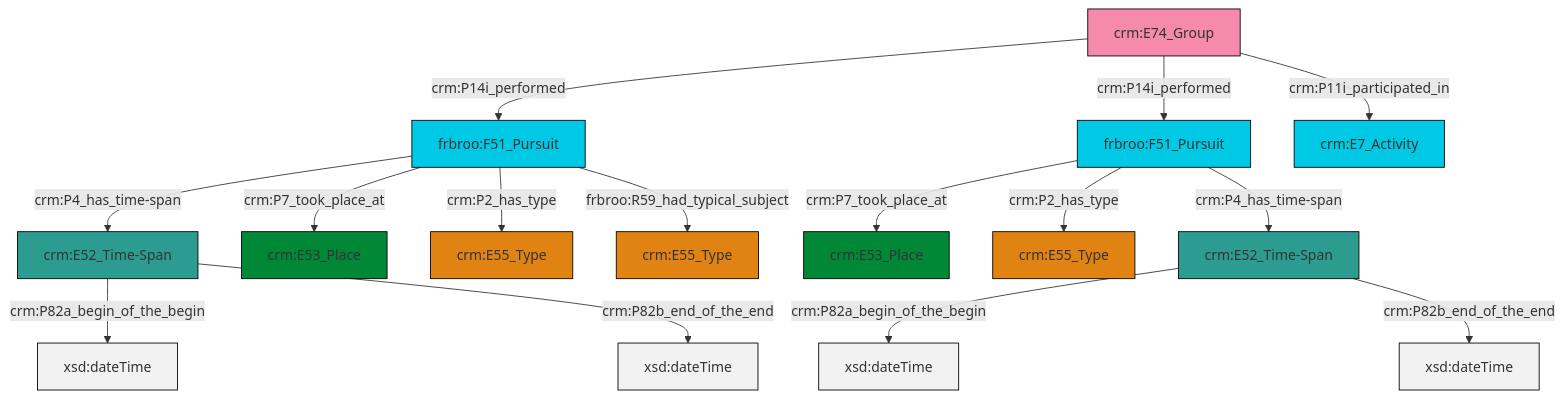
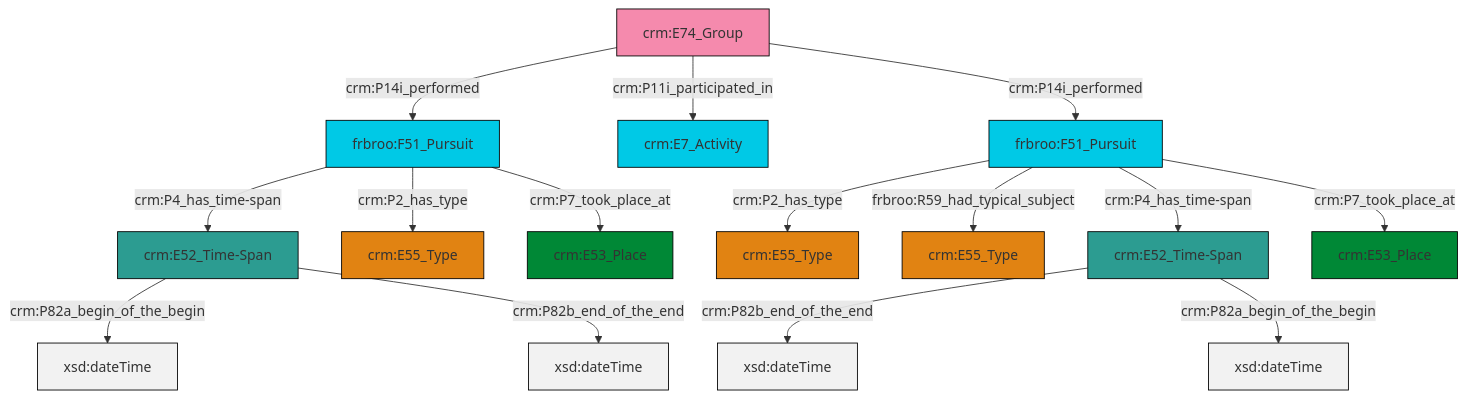
Before and after one commit to swiss-art-research-net/docs.swissartresearch: the diagram in et/groupCSV/ttl/mmd/group_events.ttl.mmd, drawn with Mermaid. The commit also changed 175 other files, not shown here.

```diff
--- a/et/groupCSV/ttl/mmd/group_events.ttl.mmd
+++ b/et/groupCSV/ttl/mmd/group_events.ttl.mmd
@@ -1,29 +1,29 @@
 graph TD
 classDef Literal fill:#f2f2f2,stroke:#000000;
 classDef CRM_Entity fill:#FFFFFF,stroke:#000000;
 classDef Temporal_Entity fill:#00C9E6, stroke:#000000;
 classDef Type fill:#E18312, stroke:#000000;
 classDef Time-Span fill:#2C9C91, stroke:#000000;
 classDef Appellation fill:#FFEB7F, stroke:#000000;
 classDef Place fill:#008836, stroke:#000000;
 classDef Persistent_Item fill:#B266B2, stroke:#000000;
 classDef Conceptual_Object fill:#FFD700, stroke:#000000;
 classDef Physical_Thing fill:#D2B48C, stroke:#000000;
 classDef Actor fill:#f58aad, stroke:#000000;
 classDef PC_Classes fill:#4ce600, stroke:#000000;
 classDef Multi fill:#cccccc,stroke:#000000;
 
-2["frbroo:F51_Pursuit"]:::Temporal_Entity -->|crm:P4_has_time-span| 3["crm:E52_Time-Span"]:::Time-Span
-2["frbroo:F51_Pursuit"]:::Temporal_Entity -->|crm:P7_took_place_at| 4["crm:E53_Place"]:::Place
-3["crm:E52_Time-Span"]:::Time-Span -->|crm:P82a_begin_of_the_begin| 5[xsd:dateTime]:::Literal
-6["crm:E74_Group"]:::Actor -->|crm:P14i_performed| 2["frbroo:F51_Pursuit"]:::Temporal_Entity
-7["frbroo:F51_Pursuit"]:::Temporal_Entity -->|crm:P7_took_place_at| 8["crm:E53_Place"]:::Place
-9["crm:E52_Time-Span"]:::Time-Span -->|crm:P82a_begin_of_the_begin| 10[xsd:dateTime]:::Literal
-9["crm:E52_Time-Span"]:::Time-Span -->|crm:P82b_end_of_the_end| 11[xsd:dateTime]:::Literal
-3["crm:E52_Time-Span"]:::Time-Span -->|crm:P82b_end_of_the_end| 12[xsd:dateTime]:::Literal
-7["frbroo:F51_Pursuit"]:::Temporal_Entity -->|crm:P2_has_type| 14["crm:E55_Type"]:::Type
-7["frbroo:F51_Pursuit"]:::Temporal_Entity -->|crm:P4_has_time-span| 9["crm:E52_Time-Span"]:::Time-Span
-2["frbroo:F51_Pursuit"]:::Temporal_Entity -->|crm:P2_has_type| 19["crm:E55_Type"]:::Type
-6["crm:E74_Group"]:::Actor -->|crm:P14i_performed| 7["frbroo:F51_Pursuit"]:::Temporal_Entity
-2["frbroo:F51_Pursuit"]:::Temporal_Entity -->|frbroo:R59_had_typical_subject| 0["crm:E55_Type"]:::Type
-6["crm:E74_Group"]:::Actor -->|crm:P11i_participated_in| 17["crm:E7_Activity"]:::Temporal_Entity
+2["frbroo:F51_Pursuit"]:::Temporal_Entity -->|crm:P2_has_type| 0["crm:E55_Type"]:::Type
+3["crm:E52_Time-Span"]:::Time-Span -->|crm:P82a_begin_of_the_begin| 4[xsd:dateTime]:::Literal
+7["crm:E52_Time-Span"]:::Time-Span -->|crm:P82b_end_of_the_end| 8[xsd:dateTime]:::Literal
+9["frbroo:F51_Pursuit"]:::Temporal_Entity -->|crm:P4_has_time-span| 3["crm:E52_Time-Span"]:::Time-Span
+12["crm:E74_Group"]:::Actor -->|crm:P14i_performed| 9["frbroo:F51_Pursuit"]:::Temporal_Entity
+12["crm:E74_Group"]:::Actor -->|crm:P11i_participated_in| 13["crm:E7_Activity"]:::Temporal_Entity
+2["frbroo:F51_Pursuit"]:::Temporal_Entity -->|frbroo:R59_had_typical_subject| 14["crm:E55_Type"]:::Type
+7["crm:E52_Time-Span"]:::Time-Span -->|crm:P82a_begin_of_the_begin| 19[xsd:dateTime]:::Literal
+9["frbroo:F51_Pursuit"]:::Temporal_Entity -->|crm:P2_has_type| 10["crm:E55_Type"]:::Type
+2["frbroo:F51_Pursuit"]:::Temporal_Entity -->|crm:P4_has_time-span| 7["crm:E52_Time-Span"]:::Time-Span
+12["crm:E74_Group"]:::Actor -->|crm:P14i_performed| 2["frbroo:F51_Pursuit"]:::Temporal_Entity
+9["frbroo:F51_Pursuit"]:::Temporal_Entity -->|crm:P7_took_place_at| 21["crm:E53_Place"]:::Place
+2["frbroo:F51_Pursuit"]:::Temporal_Entity -->|crm:P7_took_place_at| 5["crm:E53_Place"]:::Place
+3["crm:E52_Time-Span"]:::Time-Span -->|crm:P82b_end_of_the_end| 25[xsd:dateTime]:::Literal
```
